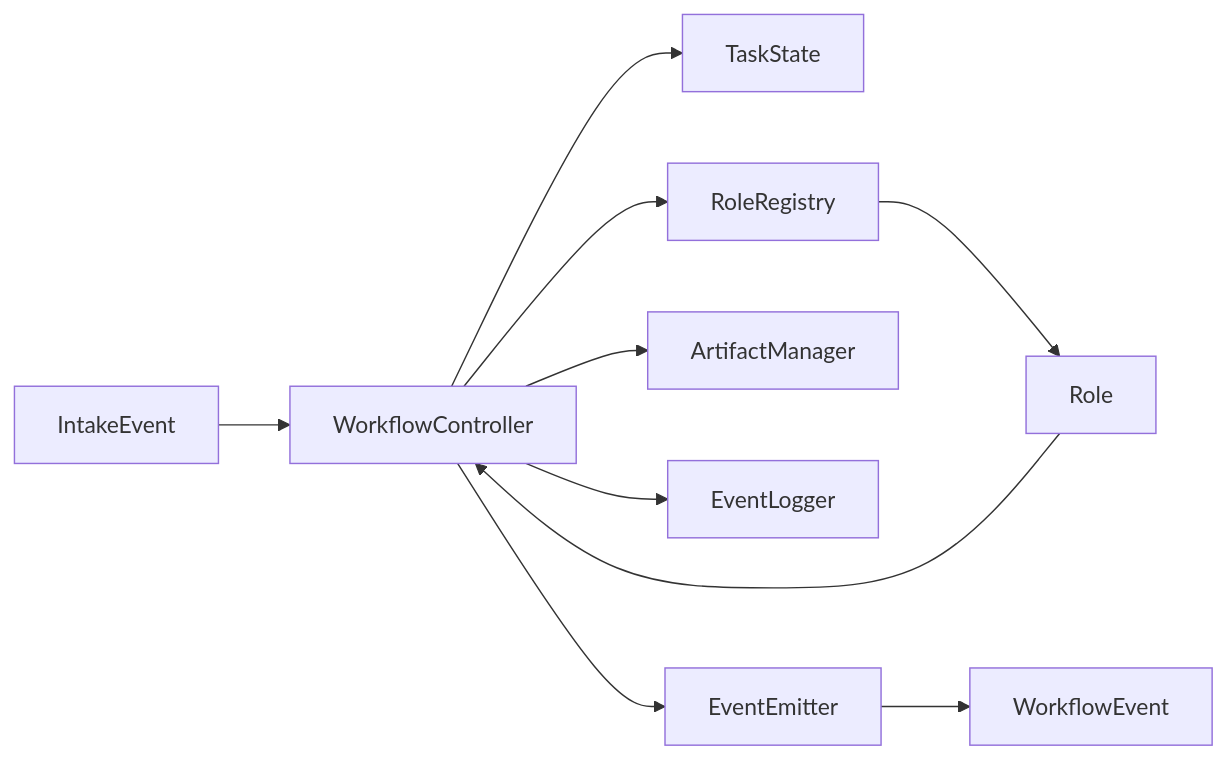
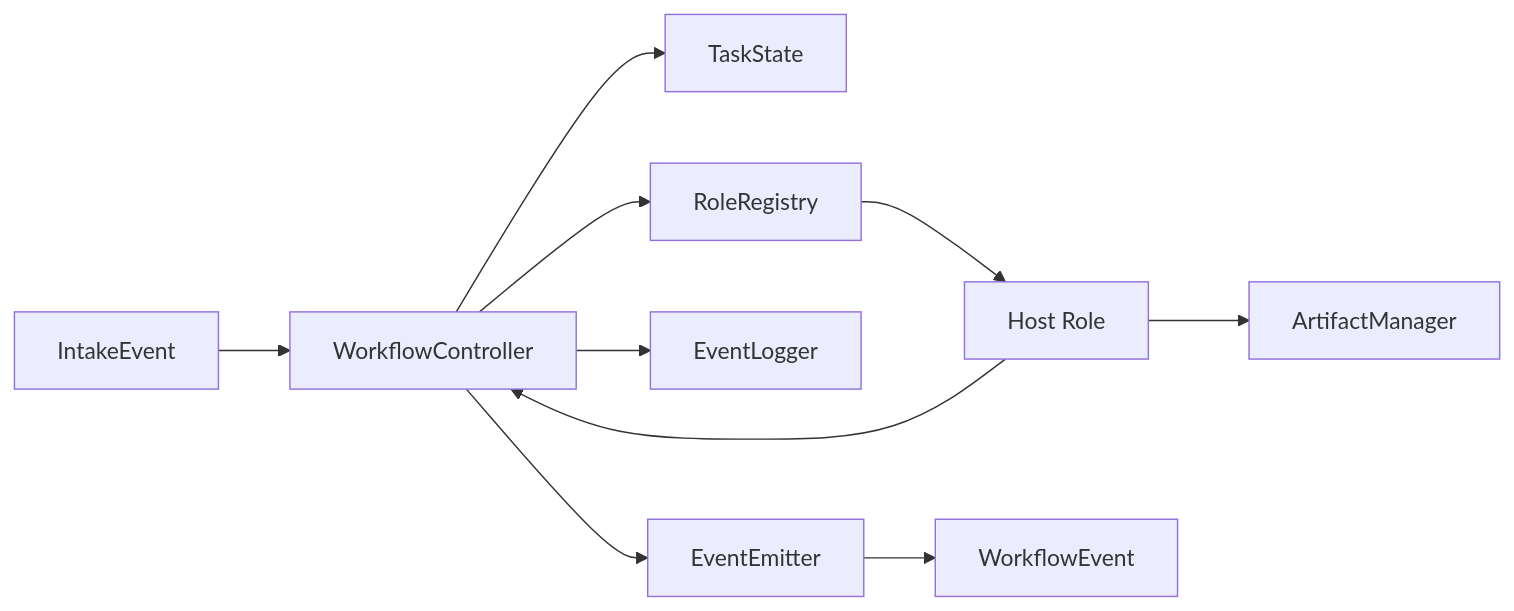
The first of 6 diagrams in roleflow/clarifications/0.1.0/default-workflow-workflow-layer-prd.md (AryzingKhaos/AegisFlow), drawn with Mermaid before and after one commit. The commit also changed other lines of this file and 7 other files, not shown here.

````diff
--- a/roleflow/clarifications/0.1.0/default-workflow-workflow-layer-prd.md
+++ b/roleflow/clarifications/0.1.0/default-workflow-workflow-layer-prd.md
@@ -87,22 +90,22 @@
 ```mermaid
 flowchart LR
     IE[IntakeEvent]
     WF[WorkflowController]
     TS[TaskState]
     RR[RoleRegistry]
-    R[Role]
+    R[Host Role]
     AM[ArtifactManager]
     EL[EventLogger]
     EE[EventEmitter]
     WE[WorkflowEvent]
 
     IE --> WF
     WF --> TS
     WF --> RR
     RR --> R
     R --> WF
-    WF --> AM
+    R --> AM
     WF --> EL
     WF --> EE
     EE --> WE
 ```
````
